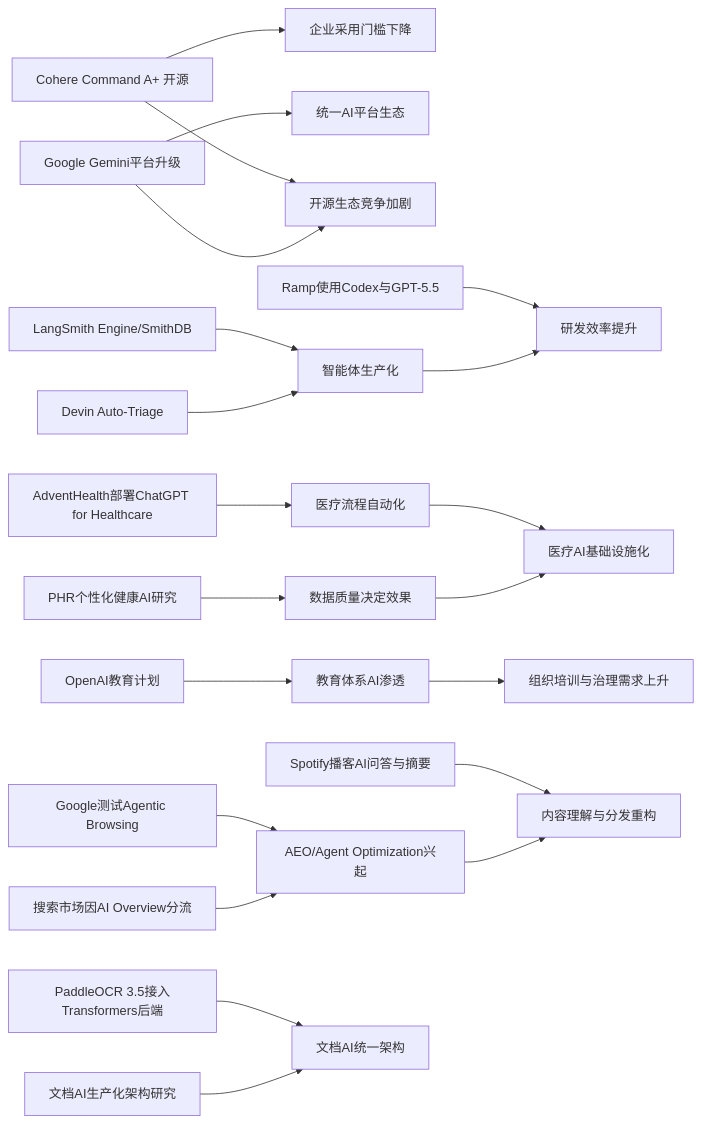
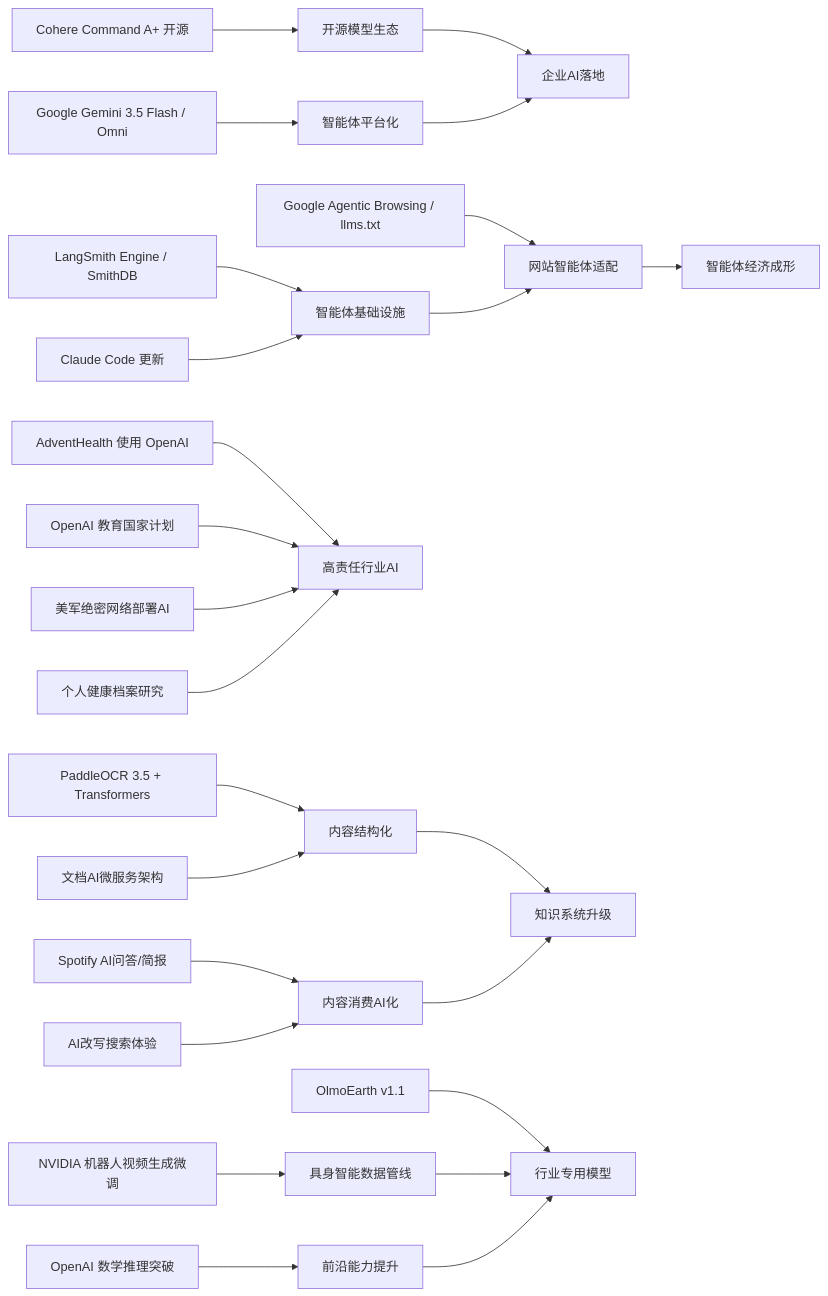
The diagram in content/cn/2026/2026-05/2026-05-21.md (zhuxinfei/ai-daily-site), drawn with Mermaid before and after one commit. The commit also changed other lines of this file, not shown here.

````diff
--- a/content/cn/2026/2026-05/2026-05-21.md
+++ b/content/cn/2026/2026-05/2026-05-21.md
@@ -110,28 +110,31 @@
 ```mermaid
 graph LR
-    A[Cohere Command A+ 开源] --> B[企业采用门槛下降]
-    C[Google Gemini平台升级] --> D[统一AI平台生态]
-    A --> E[开源生态竞争加剧]
-    C --> E
+    Cohere[Cohere Command A+ 开源] --> OpenModel[开源模型生态]
+    GoogleIO[Google Gemini 3.5 Flash / Omni] --> AgentPlatform[智能体平台化]
+    OpenModel --> EnterpriseAdoption[企业AI落地]
+    AgentPlatform --> EnterpriseAdoption
 
-    F[LangSmith Engine/SmithDB] --> G[智能体生产化]
-    H[Devin Auto-Triage] --> G
-    I[Ramp使用Codex与GPT-5.5] --> J[研发效率提升]
-    G --> J
+    LangSmith[LangSmith Engine / SmithDB] --> AgentInfra[智能体基础设施]
+    ClaudeCode[Claude Code 更新] --> AgentInfra
+    Lighthouse[Google Agentic Browsing / llms.txt] --> AgentWeb[网站智能体适配]
+    AgentInfra --> AgentWeb
+    AgentWeb --> AgentEconomy[智能体经济成形]
 
-    K[AdventHealth部署ChatGPT for Healthcare] --> L[医疗流程自动化]
-    M[PHR个性化健康AI研究] --> N[数据质量决定效果]
-    L --> O[医疗AI基础设施化]
-    N --> O
+    AdventHealth[AdventHealth 使用 OpenAI] --> HighStake[高责任行业AI]
+    EduCountries[OpenAI 教育国家计划] --> HighStake
+    USCyber[美军绝密网络部署AI] --> HighStake
+    HealthRecord[个人健康档案研究] --> HighStake
 
-    P[OpenAI教育计划] --> Q[教育体系AI渗透]
-    Q --> R[组织培训与治理需求上升]
+    PaddleOCR[PaddleOCR 3.5 + Transformers] --> ContentStructuring[内容结构化]
+    DocAI[文档AI微服务架构] --> ContentStructuring
+    Spotify[Spotify AI问答/简报] --> ContentConsumption[内容消费AI化]
+    SearchAI[AI改写搜索体验] --> ContentConsumption
+    ContentStructuring --> KnowledgeSystems[知识系统升级]
+    ContentConsumption --> KnowledgeSystems
 
-    S[Google测试Agentic Browsing] --> T[AEO/Agent Optimization兴起]
-    U[搜索市场因AI Overview分流] --> T
-    V[Spotify播客AI问答与摘要] --> W[内容理解与分发重构]
-    T --> W
-
-    X[PaddleOCR 3.5接入Transformers后端] --> Y[文档AI统一架构]
-    Z[文档AI生产化架构研究] --> Y
+    NvidiaRobot[NVIDIA 机器人视频生成微调] --> EmbodiedAI[具身智能数据管线]
+    OlmoEarth[OlmoEarth v1.1] --> VerticalModels[行业专用模型]
+    MathBreakthrough[OpenAI 数学推理突破] --> FrontierCapability[前沿能力提升]
+    EmbodiedAI --> VerticalModels
+    FrontierCapability --> VerticalModels
 ```
````
